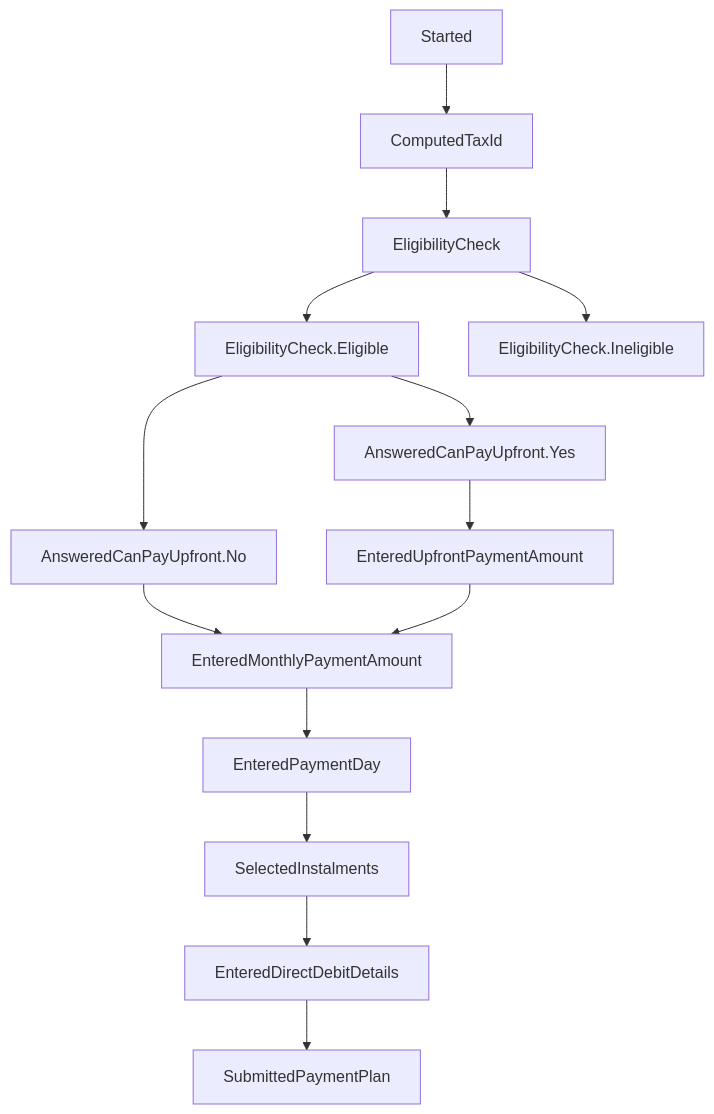
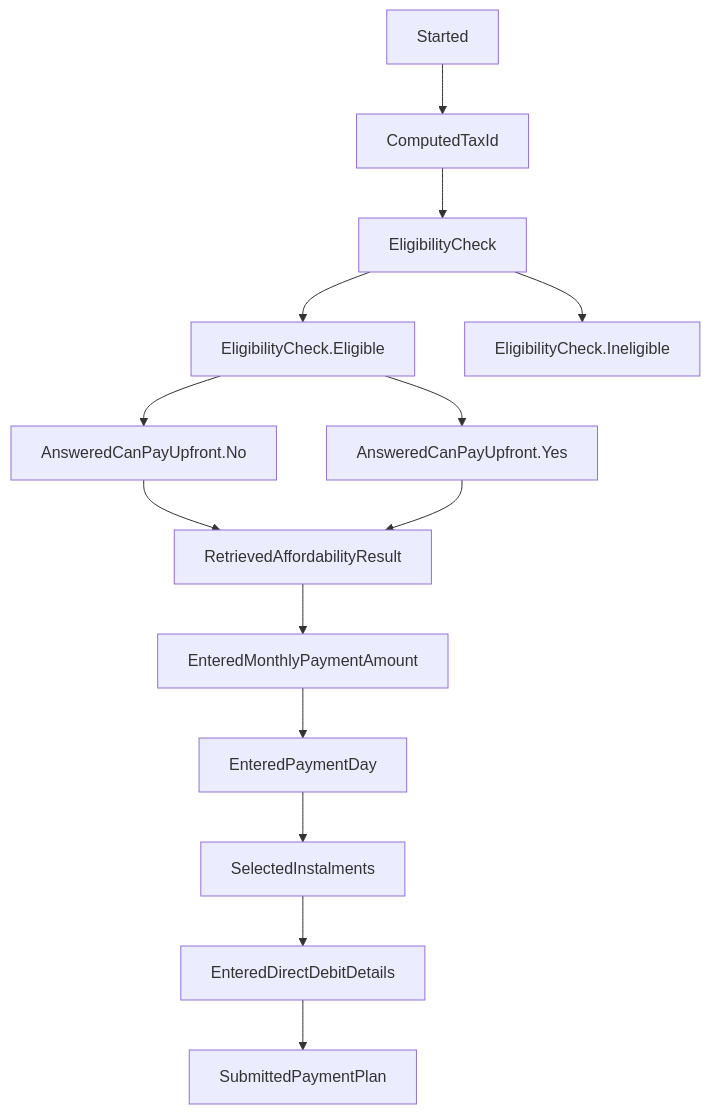
Before and after one commit to hmrc/essttp-backend: the diagram in README.md, drawn with Mermaid. The commit also changed 30 other files, not shown here.

First line of the commit message:
[JB] adding in a stage for retrieving affordability result, moving th… (#28)

````diff
--- a/README.md
+++ b/README.md
@@ -16,16 +16,16 @@
 ```mermaid
 graph TD;
     Started --> ComputedTaxId;
     ComputedTaxId --> EligibilityCheck;
     EligibilityCheck --> EligibilityCheck.Eligible;
     EligibilityCheck --> EligibilityCheck.Ineligible;
     EligibilityCheck.Eligible --> AnsweredCanPayUpfront.Yes;
     EligibilityCheck.Eligible --> AnsweredCanPayUpfront.No;
-    AnsweredCanPayUpfront.No --> EnteredMonthlyPaymentAmount;
-    AnsweredCanPayUpfront.Yes --> EnteredUpfrontPaymentAmount;
-    EnteredUpfrontPaymentAmount -->  EnteredMonthlyPaymentAmount;
+    AnsweredCanPayUpfront.No --> RetrievedAffordabilityResult;
+    AnsweredCanPayUpfront.Yes --> RetrievedAffordabilityResult;
+    RetrievedAffordabilityResult --> EnteredMonthlyPaymentAmount;
     EnteredMonthlyPaymentAmount --> EnteredPaymentDay;
     EnteredPaymentDay --> SelectedInstalments;
     SelectedInstalments --> EnteredDirectDebitDetails;
     EnteredDirectDebitDetails --> SubmittedPaymentPlan;
 ```
````
